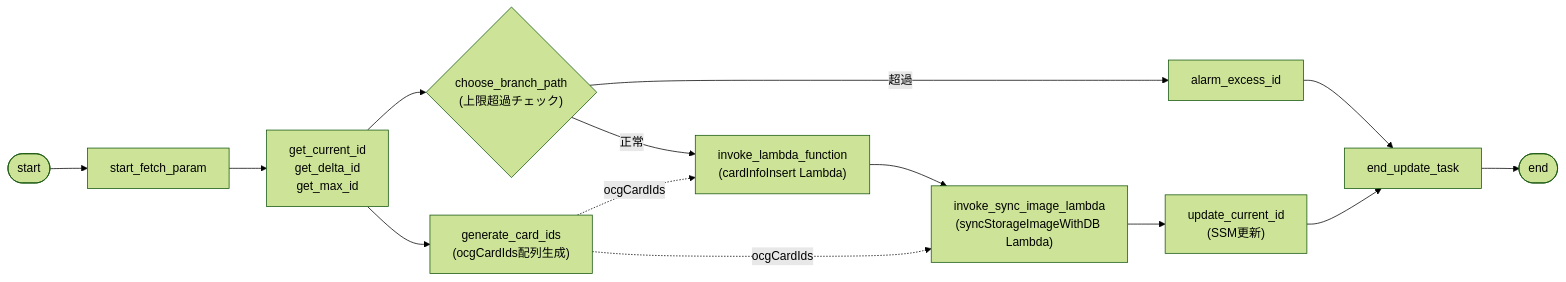
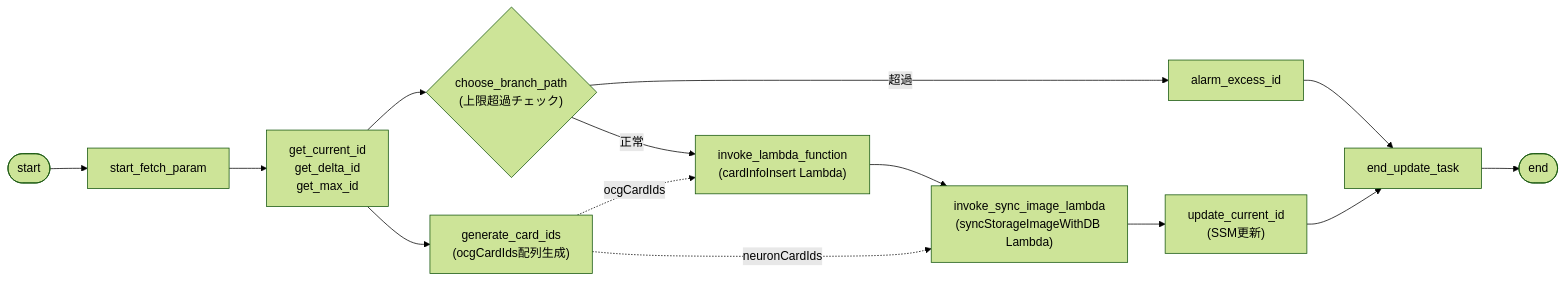
Before and after one commit to atomisu0313/ocg_statistics: the second of 2 diagrams in docs/03_card_image/02_card_image_pipeline_architecture.md, drawn with Mermaid (forest theme). The commit also changed other lines of this file and 15 other files, not shown here.

Commit message:
refactor: 【syncStorageImage】NeuronIDによる画像検索およびI/Oスキーマの完全刷新 #19

````diff
--- a/docs/03_card_image/02_card_image_pipeline_architecture.md
+++ b/docs/03_card_image/02_card_image_pipeline_architecture.md
@@ -107,16 +107,16 @@
 ```mermaid
 flowchart LR
     Start(["start"]) --> Fetch["start_fetch_param"]
     Fetch --> GetParams["get_current_id<br/>get_delta_id<br/>get_max_id"]
     GetParams --> GenIDs["generate_card_ids<br/>(ocgCardIds配列生成)"]
     GetParams --> Branch{"choose_branch_path<br/>(上限超過チェック)"}
     Branch -->|"超過"| Alarm["alarm_excess_id"]
     Branch -->|"正常"| InsertLambda["invoke_lambda_function<br/>(cardInfoInsert Lambda)"]
     GenIDs -.->|"ocgCardIds"| InsertLambda
     InsertLambda --> SyncLambda["invoke_sync_image_lambda<br/>(syncStorageImageWithDB Lambda)"]
-    GenIDs -.->|"ocgCardIds"| SyncLambda
+    GenIDs -.->|"neuronCardIds"| SyncLambda
     SyncLambda --> UpdateID["update_current_id<br/>(SSM更新)"]
     Alarm --> EndUpdate["end_update_task"]
     UpdateID --> EndUpdate
     EndUpdate --> End(["end"])
 ```
````
